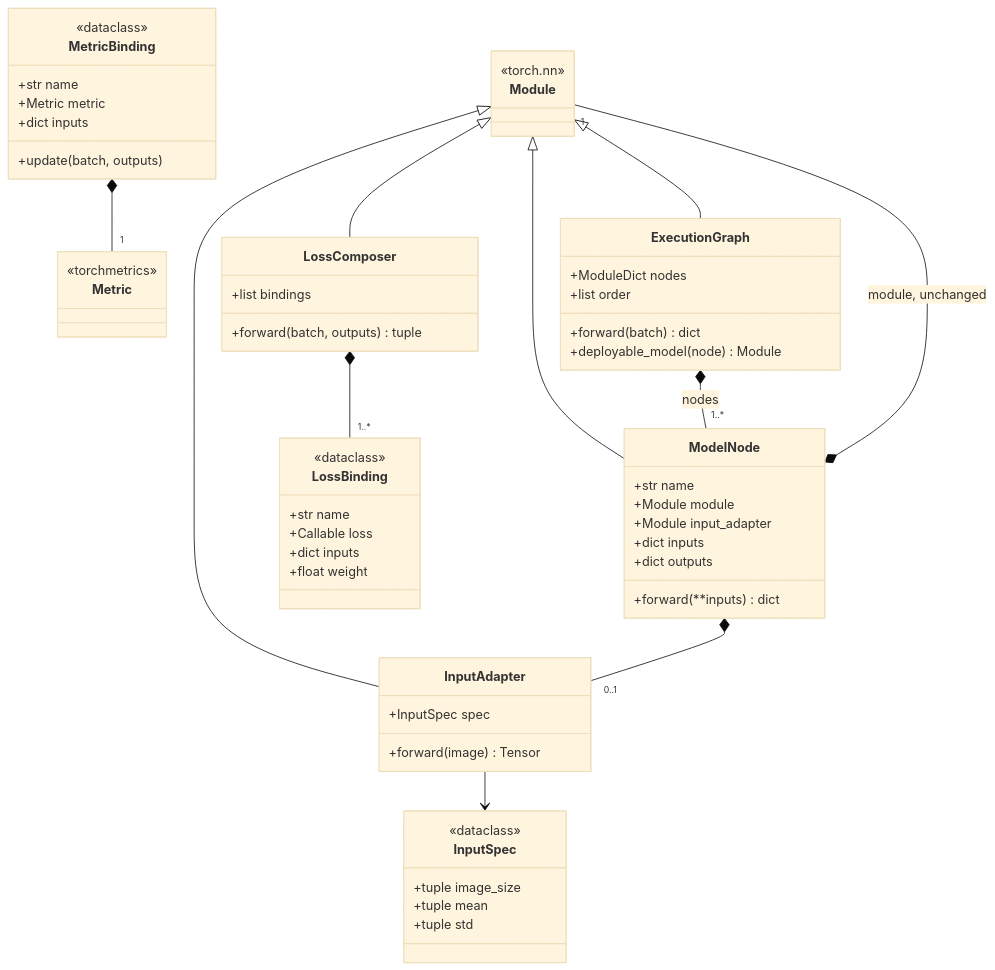
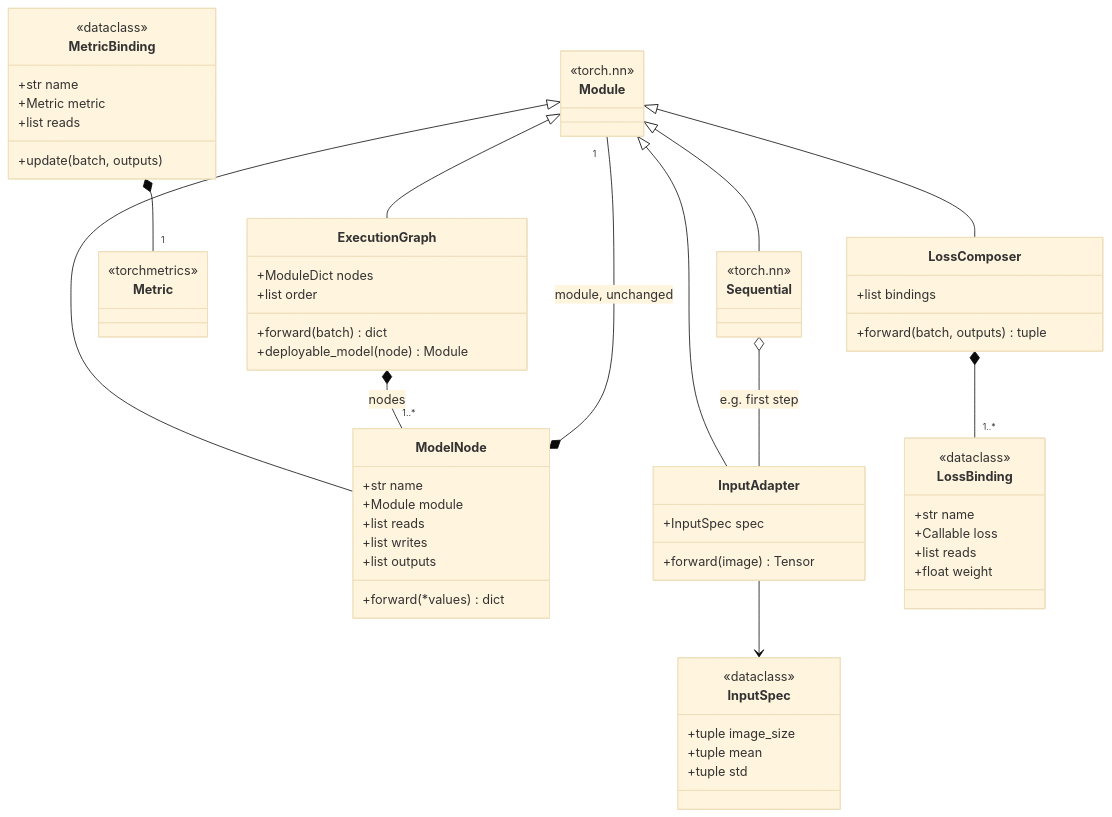
One commit to tile-and-error/imagenet-classification changed the second of 5 diagrams in PLAN.md. Above: the diagram before and after it, drawn with Mermaid (base theme). The commit also changed other lines of this file and 2 other files, not shown here.

````diff
--- a/PLAN.md
+++ b/PLAN.md
@@ -192,63 +194,67 @@
 ```mermaid
 classDiagram
     direction TB
     class Module {
+        <<torch.nn>>
+    }
+    class Sequential {
         <<torch.nn>>
     }
     class Metric {
         <<torchmetrics>>
     }
     class ExecutionGraph {
         +ModuleDict nodes
         +list order
         +forward(batch) dict
         +deployable_model(node) Module
     }
     class ModelNode {
         +str name
         +Module module
-        +Module input_adapter
-        +dict inputs
-        +dict outputs
-        +forward(**inputs) dict
+        +list reads
+        +list writes
+        +list outputs
+        +forward(*values) dict
     }
     class InputAdapter {
         +InputSpec spec
         +forward(image) Tensor
     }
     class InputSpec {
         <<dataclass>>
         +tuple image_size
         +tuple mean
         +tuple std
     }
     class LossComposer {
         +list bindings
         +forward(batch, outputs) tuple
     }
     class LossBinding {
         <<dataclass>>
         +str name
         +Callable loss
-        +dict inputs
+        +list reads
         +float weight
     }
     class MetricBinding {
         <<dataclass>>
         +str name
         +Metric metric
-        +dict inputs
+        +list reads
         +update(batch, outputs)
     }
 
+    Module <|-- Sequential
     Module <|-- ExecutionGraph
     Module <|-- ModelNode
     Module <|-- InputAdapter
     Module <|-- LossComposer
     ExecutionGraph *-- "1..*" ModelNode : nodes
     ModelNode *-- "1" Module : module, unchanged
-    ModelNode *-- "0..1" InputAdapter
+    Sequential o-- InputAdapter : e.g. first step
     InputAdapter --> InputSpec
     LossComposer *-- "1..*" LossBinding
     MetricBinding *-- "1" Metric
 ```
````
